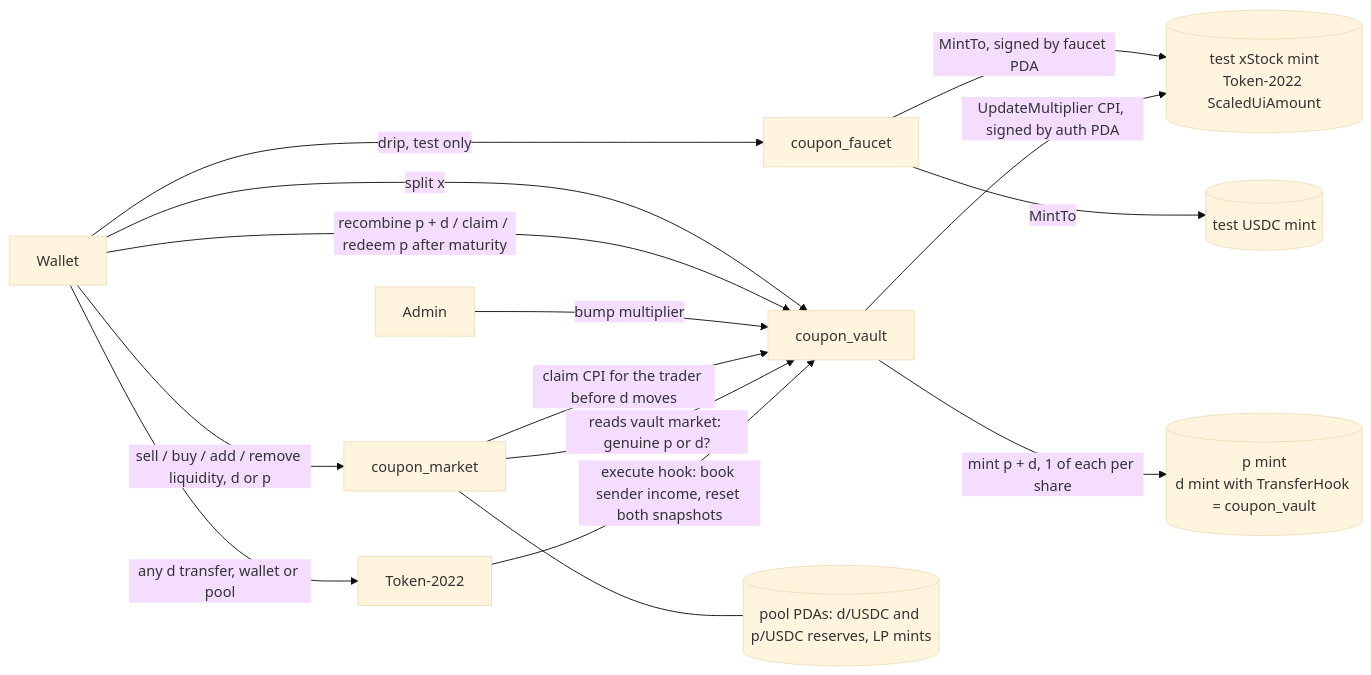
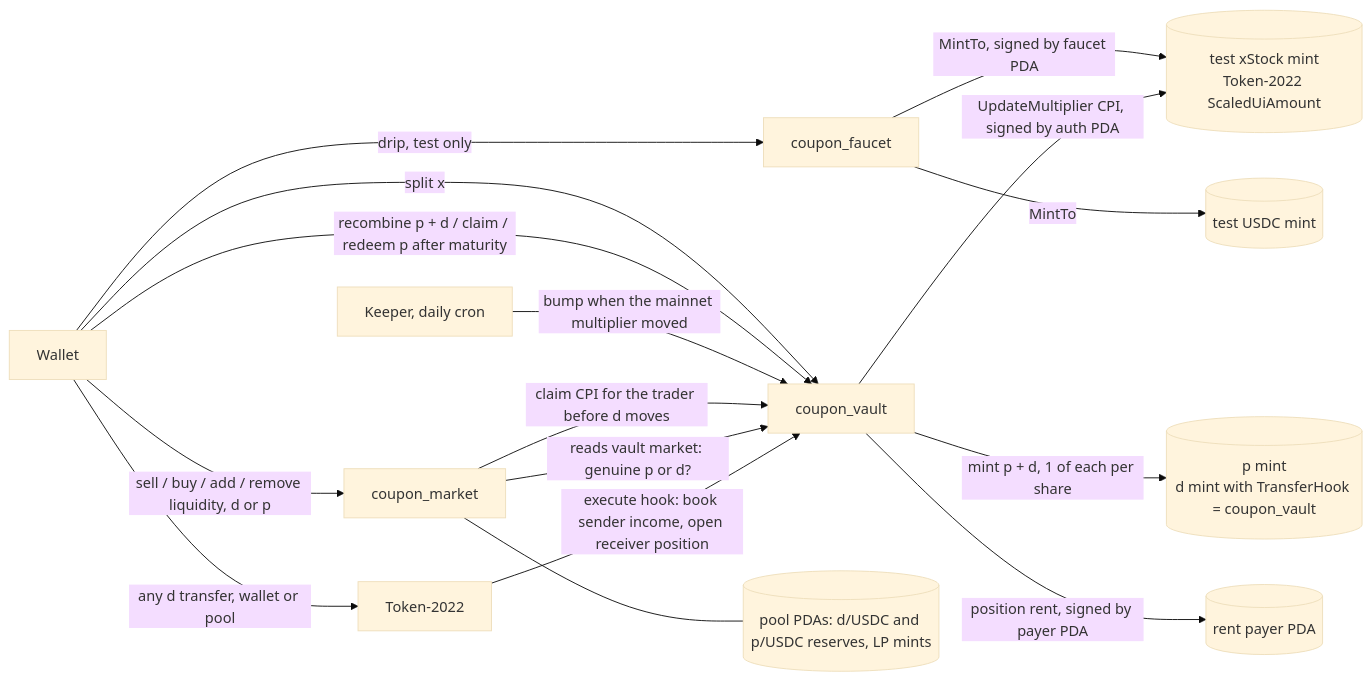
Before and after one commit to xElvolution/coupon: the diagram in README.md, drawn with Mermaid (base theme). The commit also changed other lines of this file and 27 other files, not shown here.

Commit message:
Hook opens receiver positions per d account, keeper cron, IDL, mobile tab bar with proof card

````diff
--- a/README.md
+++ b/README.md
@@ -32,17 +32,18 @@
 ```mermaid
 flowchart LR
   U[Wallet] -->|drip, test only| F[coupon_faucet]
   F -->|MintTo, signed by faucet PDA| X[(test xStock mint<br/>Token-2022 ScaledUiAmount)]
   F -->|MintTo| C[(test USDC mint)]
   U -->|split x| V[coupon_vault]
   V -->|mint p + d, 1 of each per share| PD[(p mint<br/>d mint with TransferHook = coupon_vault)]
   U -->|recombine p + d / claim / redeem p after maturity| V
-  A[Admin] -->|bump multiplier| V
+  K[Keeper, daily cron] -->|bump when the mainnet multiplier moved| V
   V -->|UpdateMultiplier CPI, signed by auth PDA| X
   U -->|sell / buy / add / remove liquidity, d or p| M[coupon_market]
   M -->|claim CPI for the trader before d moves| V
   M -->|reads vault market: genuine p or d?| V
   M --- P[(pool PDAs: d/USDC and p/USDC reserves, LP mints)]
   U -->|any d transfer, wallet or pool| T[Token-2022]
-  T -->|execute hook: book sender income, reset both snapshots| V
+  T -->|execute hook: book sender income, open receiver position| V
+  V -->|position rent, signed by payer PDA| R[(rent payer PDA)]
 ```
````
